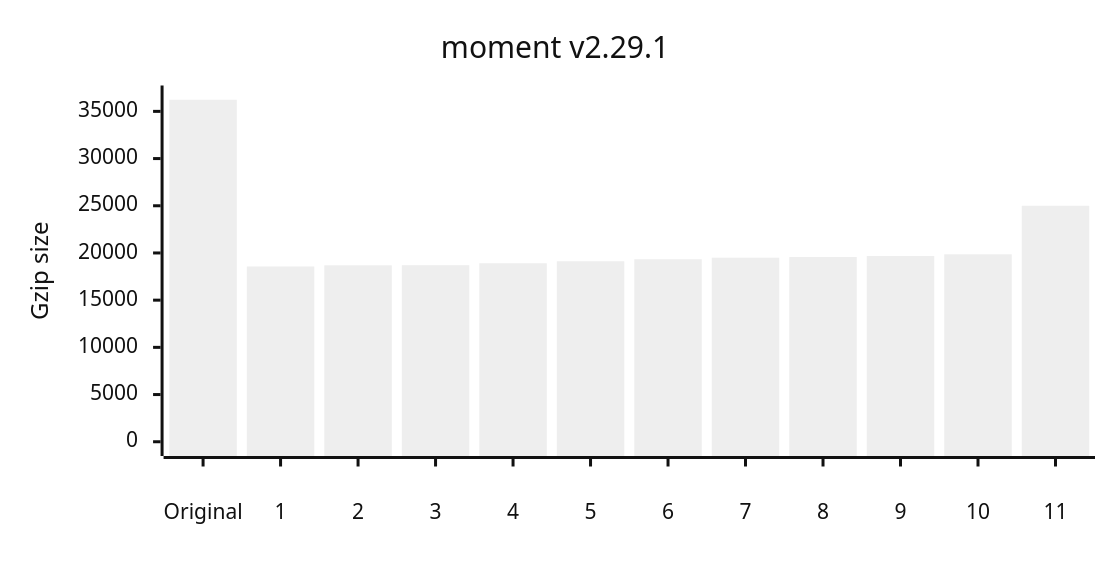
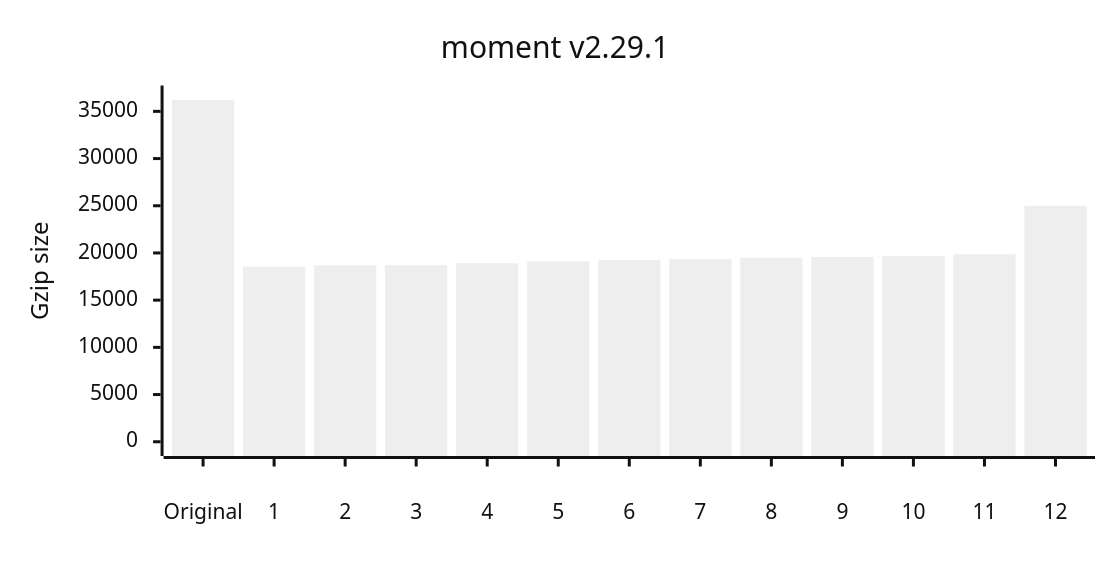
The second of 12 diagrams in README.md (privatenumber/minification-benchmarks), drawn with Mermaid (neutral theme) before and after one commit. The commit also changed other lines of this file and 1 other file, not shown here.

````diff
--- a/README.md
+++ b/README.md
@@ -108,17 +110,17 @@
 ```mermaid
 ---
 config:
     xyChart:
         width: 720
         height: 360
         xAxis:
             labelPadding: 20
         yAxis:
             labelPadding: 10
 ---
 xychart-beta
 	title "moment v2.29.1"
-	x-axis ["Original",1,2,3,4,5,6,7,8,9,10,11]
+	x-axis ["Original",1,2,3,4,5,6,7,8,9,10,11,12]
 	y-axis "Gzip size" 0 --> 36231
-	bar [36231,18568,18690,18702,18910,19119,19334,19496,19569,19683,19857,24998]
+	bar [36231,18568,18690,18702,18910,19119,19270,19334,19496,19569,19683,19857,24998]
 ```
````
